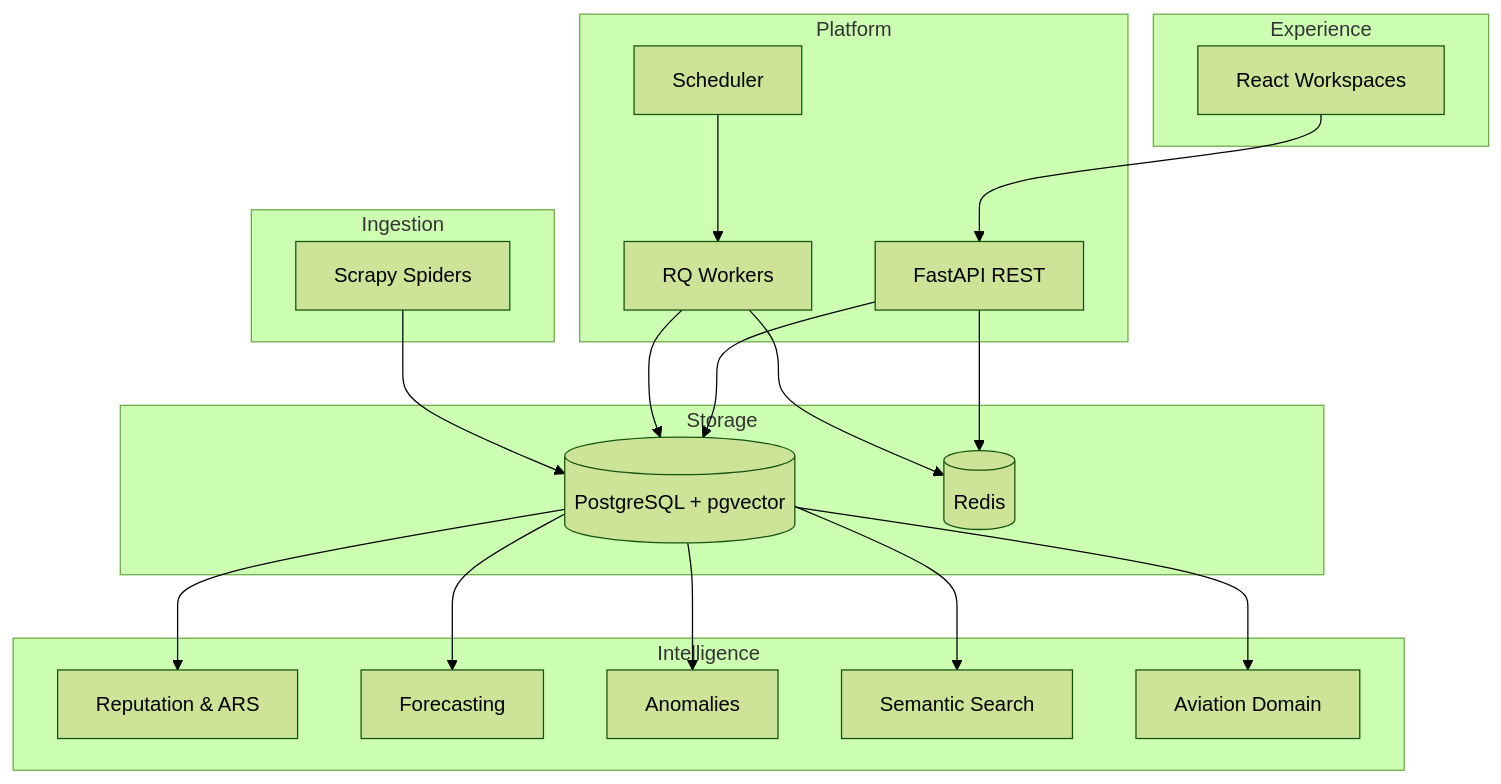
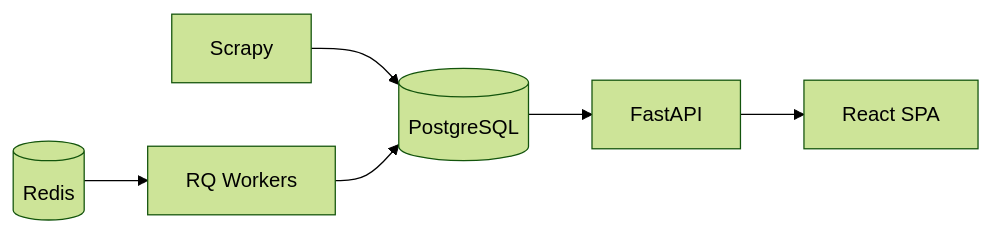
Before and after one commit to willianpina/SkyTrax_Project: the diagram in README.md, drawn with Mermaid (forest theme). The commit also changed other lines of this file and 3 other files, not shown here.

````diff
--- a/README.md
+++ b/README.md
@@ -38,38 +81,8 @@
 ```mermaid
-flowchart TB
-  subgraph Ingestion
-    SCR[Scrapy Spiders]
-  end
-  subgraph Platform
-    API[FastAPI REST]
-    WK[RQ Workers]
-    SCH[Scheduler]
-  end
-  subgraph Storage
-    PG[(PostgreSQL + pgvector)]
-    RD[(Redis)]
-  end
-  subgraph Intelligence
-    REP[Reputation & ARS]
-    FC[Forecasting]
-    AN[Anomalies]
-    SEM[Semantic Search]
-    AV[Aviation Domain]
-  end
-  subgraph Experience
-    UI[React Workspaces]
-  end
-
-  SCR --> PG
-  WK --> PG
-  WK --> RD
-  SCH --> WK
-  PG --> REP
-  PG --> FC
-  PG --> AN
-  PG --> SEM
-  PG --> AV
-  API --> PG
-  API --> RD
-  UI --> API
+flowchart LR
+  SCR[Scrapy] --> PG[(PostgreSQL)]
+  WK[RQ Workers] --> PG
+  PG --> API[FastAPI]
+  API --> UI[React SPA]
+  RD[(Redis)] --> WK
 ```
````
